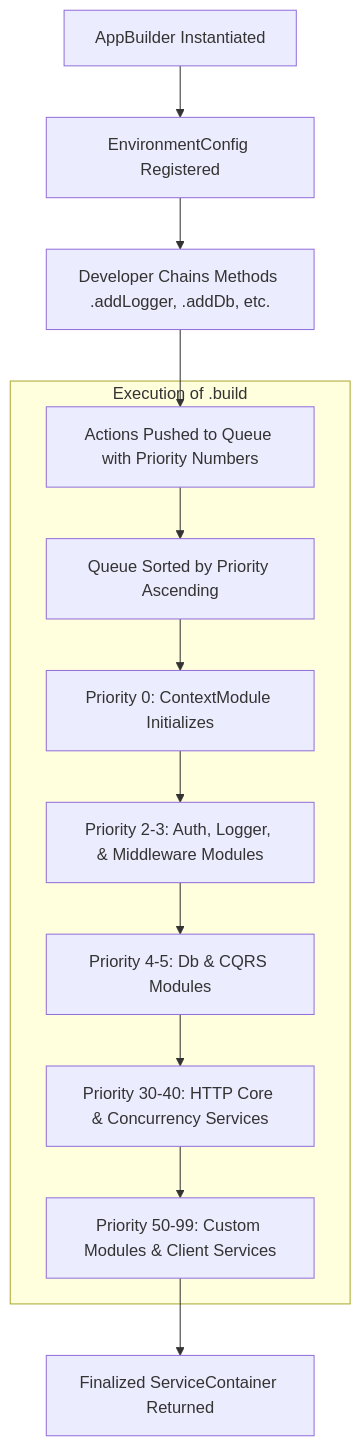
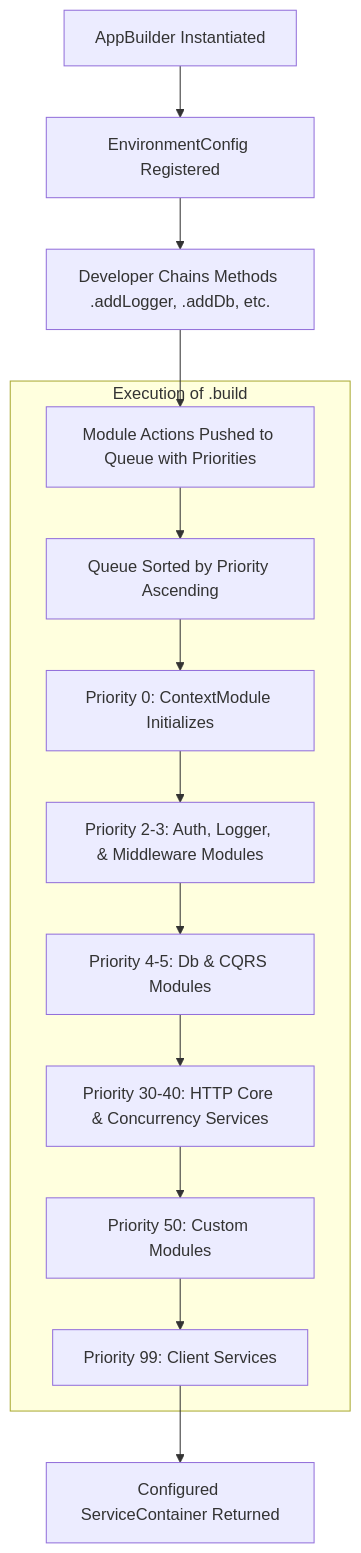
The diagram in src/content/docs/fundamentals/app-builder.md (xeno-js/xeno-website), drawn with Mermaid before and after one commit. The commit also changed other lines of this file and 18 other files, not shown here.

````diff
--- a/src/content/docs/fundamentals/app-builder.md
+++ b/src/content/docs/fundamentals/app-builder.md
@@ -84,18 +84,19 @@
 ```mermaid
 graph TD
     A[AppBuilder Instantiated] --> B[EnvironmentConfig Registered]
     B --> C[Developer Chains Methods .addLogger, .addDb, etc.]
-    C --> D[Actions Pushed to Queue with Priority Numbers]
+    C --> D[Module Actions Pushed to Queue with Priorities]
 
     subgraph Build Phase [Execution of .build]
         D --> E[Queue Sorted by Priority Ascending]
         E --> F[Priority 0: ContextModule Initializes]
         F --> G[Priority 2-3: Auth, Logger, & Middleware Modules]
         G --> H[Priority 4-5: Db & CQRS Modules]
         H --> I[Priority 30-40: HTTP Core & Concurrency Services]
-        I --> J[Priority 50-99: Custom Modules & Client Services]
+        I --> J[Priority 50: Custom Modules]
+        J --> K[Priority 99: Client Services]
     end
 
-    J --> K[Finalized ServiceContainer Returned]
+    K --> L[Configured ServiceContainer Returned]
 
 ```
````
